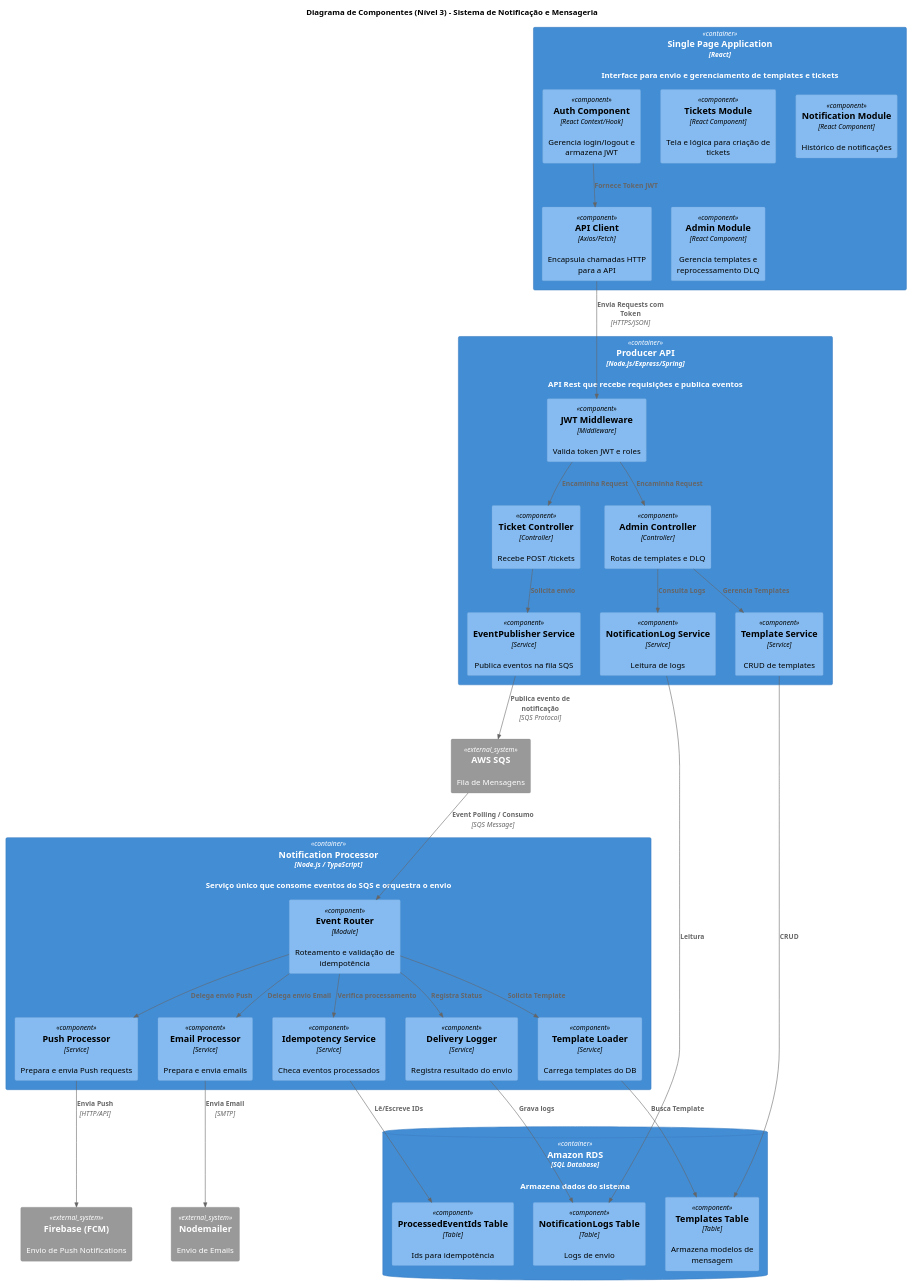
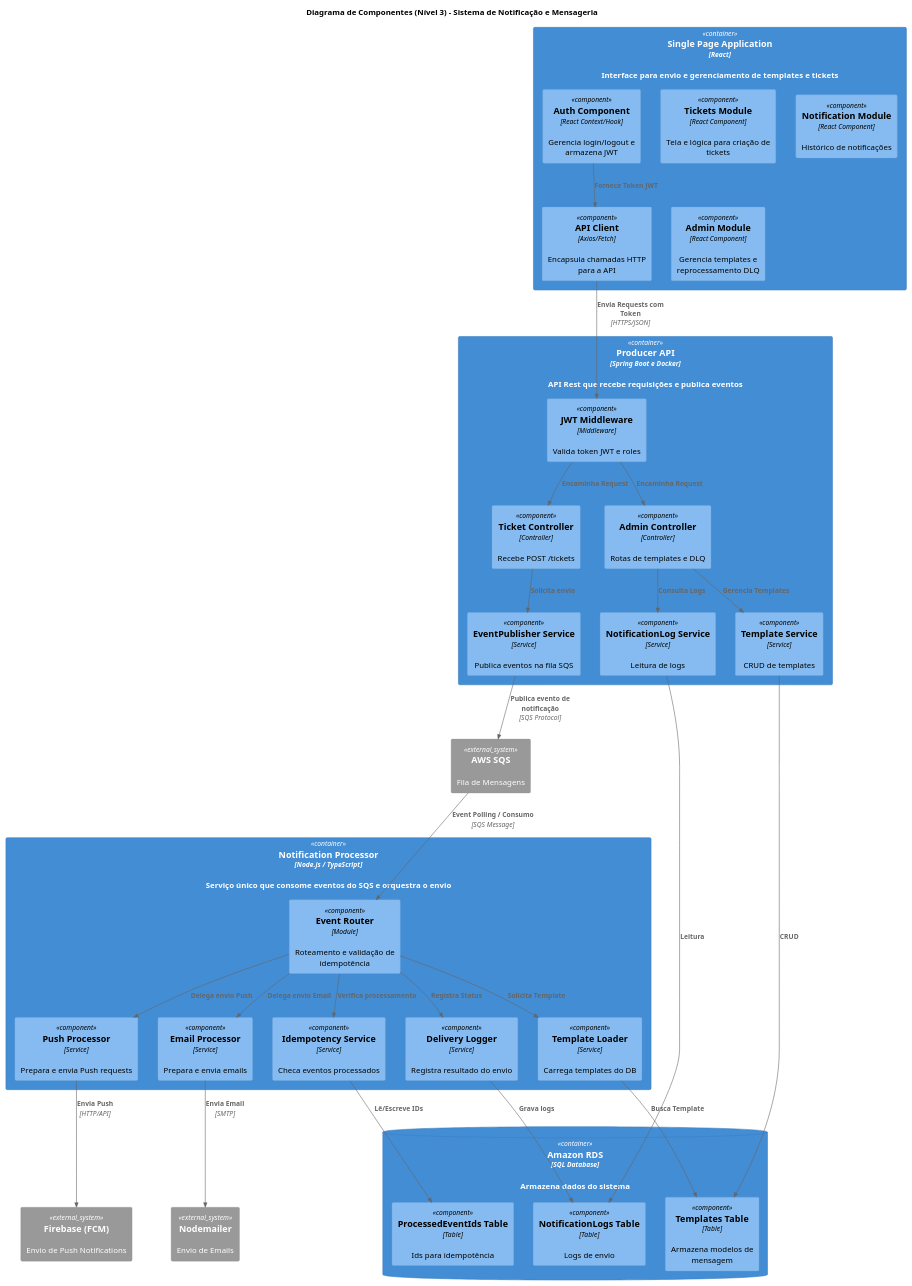
Before and after one commit to MiqueiasBento/Sistema-de-Notificacao-e-Mensageria: the diagram in documentacao/C4/component.puml, drawn with PlantUML. The commit also changed 4 other files, not shown here.

```diff
--- a/documentacao/C4/component.puml
+++ b/documentacao/C4/component.puml
@@ -1,75 +1,75 @@
 @startuml C4_Component_Diagram
 !include https://raw.githubusercontent.com/plantuml-stdlib/C4-PlantUML/master/C4_Component.puml
 
 title Diagrama de Componentes (Nível 3) - Sistema de Notificação e Mensageria
 ' versão v1.0
 
 Container(spa, "Single Page Application", "React", "Interface para envio e gerenciamento de templates e tickets") {
     Component(auth_comp, "Auth Component", "React Context/Hook", "Gerencia login/logout e armazena JWT")
     Component(api_client, "API Client", "Axios/Fetch", "Encapsula chamadas HTTP para a API")
     Component(tickets_mod, "Tickets Module", "React Component", "Tela e lógica para criação de tickets")
     Component(notif_mod, "Notification Module", "React Component", "Histórico de notificações")
     Component(admin_mod, "Admin Module", "React Component", "Gerencia templates e reprocessamento DLQ")
 }
 
-Container(producer_api, "Producer API", "Node.js/Express/Spring", "API Rest que recebe requisições e publica eventos") {
+Container(producer_api, "Producer API", "Spring Boot e Docker", "API Rest que recebe requisições e publica eventos") {
     Component(auth_middleware, "JWT Middleware", "Middleware", "Valida token JWT e roles")
     Component(ticket_controller, "Ticket Controller", "Controller", "Recebe POST /tickets")
     Component(admin_controller, "Admin Controller", "Controller", "Rotas de templates e DLQ")
     Component(event_publisher, "EventPublisher Service", "Service", "Publica eventos na fila SQS")
     Component(template_service, "Template Service", "Service", "CRUD de templates")
     Component(log_service, "NotificationLog Service", "Service", "Leitura de logs")
 }
 
 Container(notification_processor, "Notification Processor", "Node.js / TypeScript", "Serviço único que consome eventos do SQS e orquestra o envio") {
     Component(router_handler, "Event Router", "Module", "Roteamento e validação de idempotência")
     Component(idempotency_svc, "Idempotency Service", "Service", "Checa eventos processados")
     Component(template_loader, "Template Loader", "Service", "Carrega templates do DB")
     Component(email_proc, "Email Processor", "Service", "Prepara e envia emails")
     Component(push_proc, "Push Processor", "Service", "Prepara e envia Push requests")
     Component(del_logger, "Delivery Logger", "Service", "Registra resultado do envio")
 }
 
 ContainerDb(rds, "Amazon RDS", "SQL Database", "Armazena dados do sistema") {
     Component(table_templates, "Templates Table", "Table", "Armazena modelos de mensagem")
     Component(table_logs, "NotificationLogs Table", "Table", "Logs de envio")
     Component(table_ids, "ProcessedEventIds Table", "Table", "Ids para idempotência")
 }
 
 System_Ext(sqs, "AWS SQS", "Fila de Mensagens")
 System_Ext(ses, "Nodemailer", "Envio de Emails")
 System_Ext(fcm, "Firebase (FCM)", "Envio de Push Notifications")
 
 Rel(auth_comp, api_client, "Fornece Token JWT")
 
 Rel(api_client, auth_middleware, "Envia Requests com Token", "HTTPS/JSON")
 Rel(auth_middleware, ticket_controller, "Encaminha Request")
 Rel(auth_middleware, admin_controller, "Encaminha Request")
 
 Rel(ticket_controller, event_publisher, "Solicita envio")
 Rel(admin_controller, template_service, "Gerencia Templates")
 Rel(admin_controller, log_service, "Consulta Logs")
 
 Rel(event_publisher, sqs, "Publica evento de notificação", "SQS Protocol")
 
 Rel(template_service, table_templates, "CRUD")
 Rel(log_service, table_logs, "Leitura")
 
 Rel(sqs, router_handler, "Event Polling / Consumo", "SQS Message")
 
 Rel(router_handler, idempotency_svc, "Verifica processamento")
 Rel(idempotency_svc, table_ids, "Lê/Escreve IDs")
 
 Rel(router_handler, template_loader, "Solicita Template")
 Rel(template_loader, table_templates, "Busca Template")
 
 Rel(router_handler, email_proc, "Delega envio Email")
 Rel(router_handler, push_proc, "Delega envio Push")
 
 Rel(email_proc, ses, "Envia Email", "SMTP")
 Rel(push_proc, fcm, "Envia Push", "HTTP/API")
 
 Rel(router_handler, del_logger, "Registra Status")
 Rel(del_logger, table_logs, "Grava logs")
 
 @enduml
```
